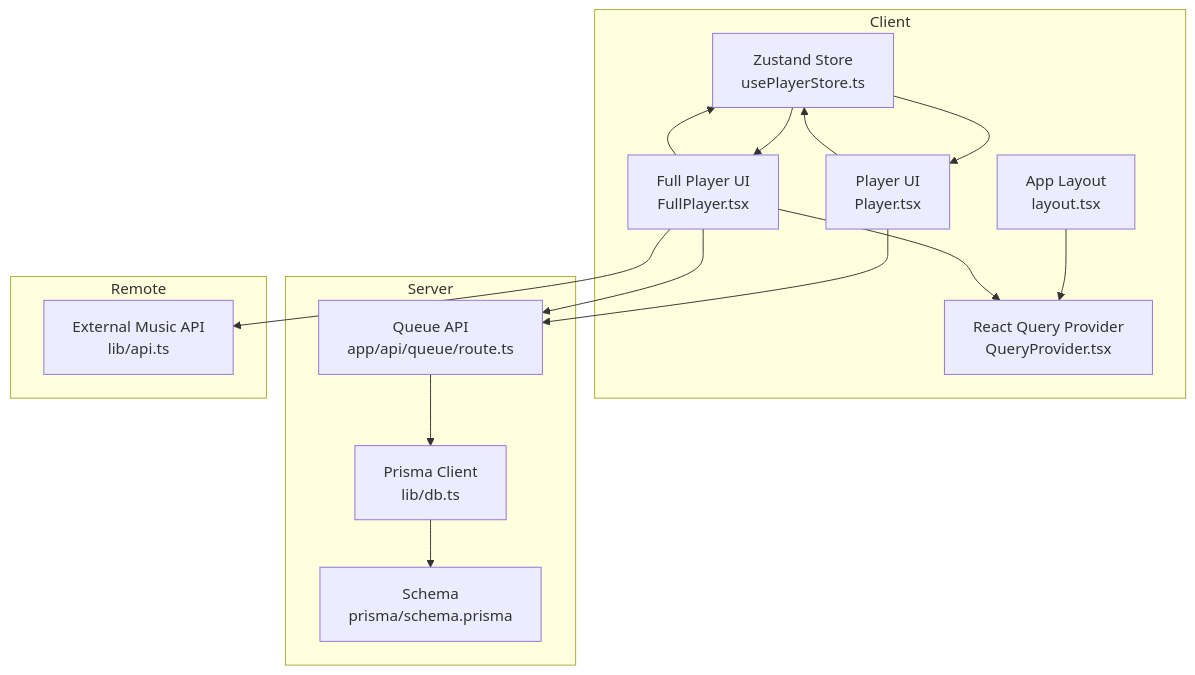
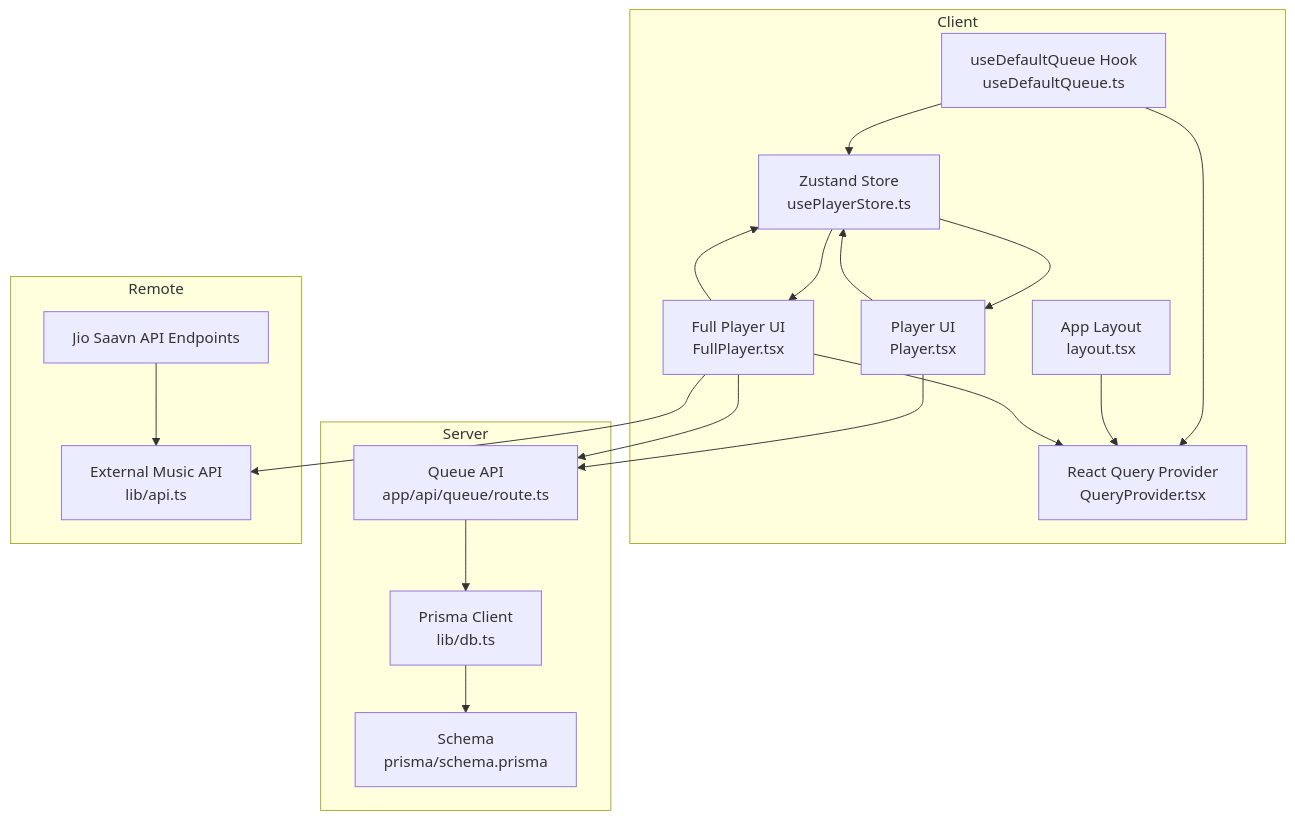
One commit to moindestiny/SonicStream changed the first of 11 diagrams in .qoder/repowiki/en/content/State Management/State Management.md. Above: the diagram before and after it, drawn with Mermaid. The commit also changed other lines of this file and 5 other files, not shown here.

````diff
--- a/.qoder/repowiki/en/content/State Management/State Management.md
+++ b/.qoder/repowiki/en/content/State Management/State Management.md
@@ -47,29 +56,34 @@
 ```mermaid
 graph TB
 subgraph "Client"
 ZS["Zustand Store<br/>usePlayerStore.ts"]
+UDQ["useDefaultQueue Hook<br/>useDefaultQueue.ts"]
 PC["Player UI<br/>Player.tsx"]
 FP["Full Player UI<br/>FullPlayer.tsx"]
 RP["React Query Provider<br/>QueryProvider.tsx"]
 LYT["App Layout<br/>layout.tsx"]
 end
 subgraph "Server"
 APIQ["Queue API<br/>app/api/queue/route.ts"]
 PRISMA["Prisma Client<br/>lib/db.ts"]
 SCHEMA["Schema<br/>prisma/schema.prisma"]
 end
 subgraph "Remote"
 EXTAPI["External Music API<br/>lib/api.ts"]
+ENDPOINT["Jio Saavn API Endpoints"]
+ENDPOINT --> EXTAPI
 end
 PC --> ZS
 FP --> ZS
+UDQ --> ZS
+UDQ --> RP
 LYT --> RP
 FP --> RP
 ZS --> PC
 ZS --> FP
 PC --> APIQ
 FP --> APIQ
 APIQ --> PRISMA
 PRISMA --> SCHEMA
 FP --> EXTAPI
 ```
````
